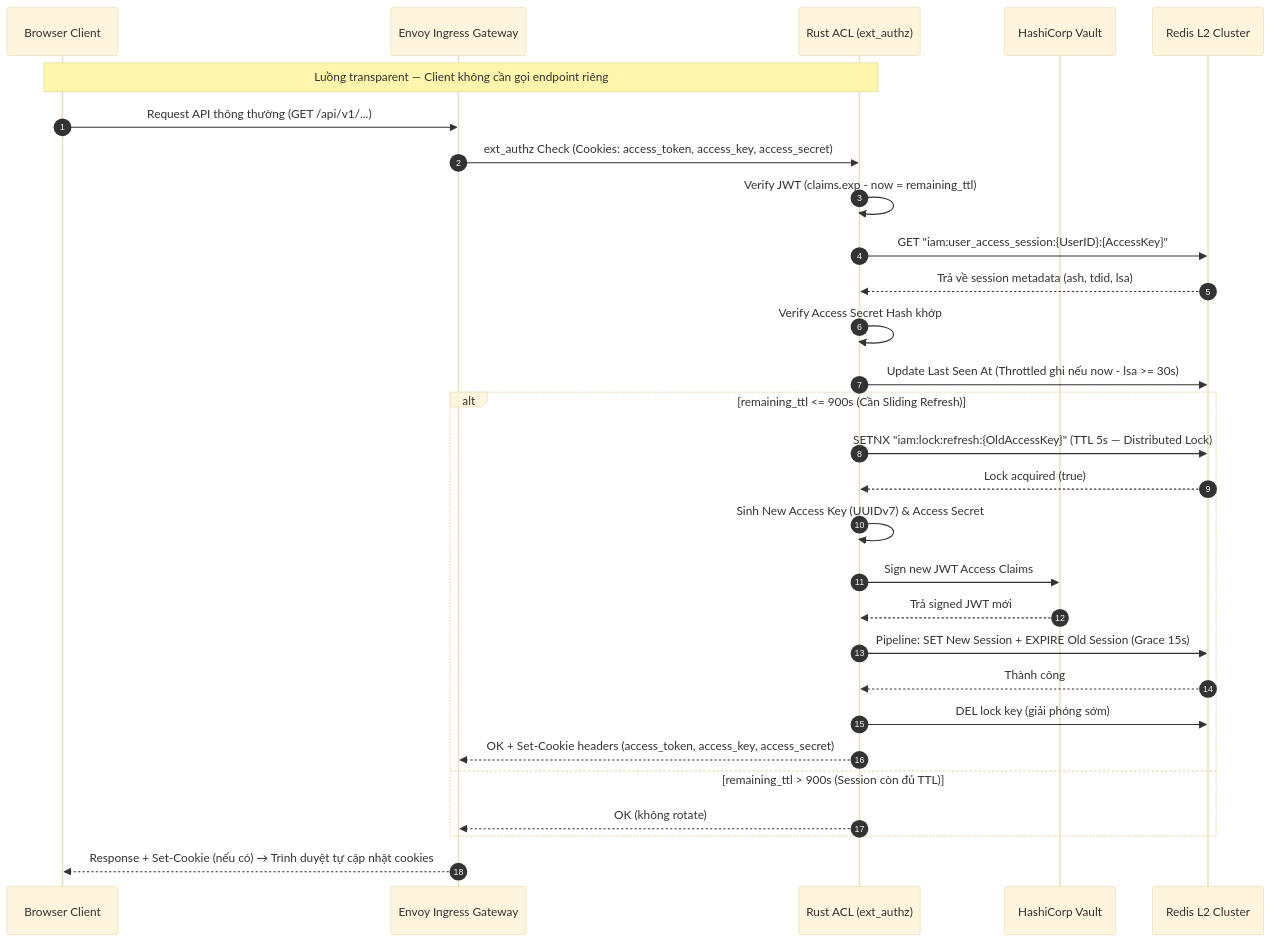
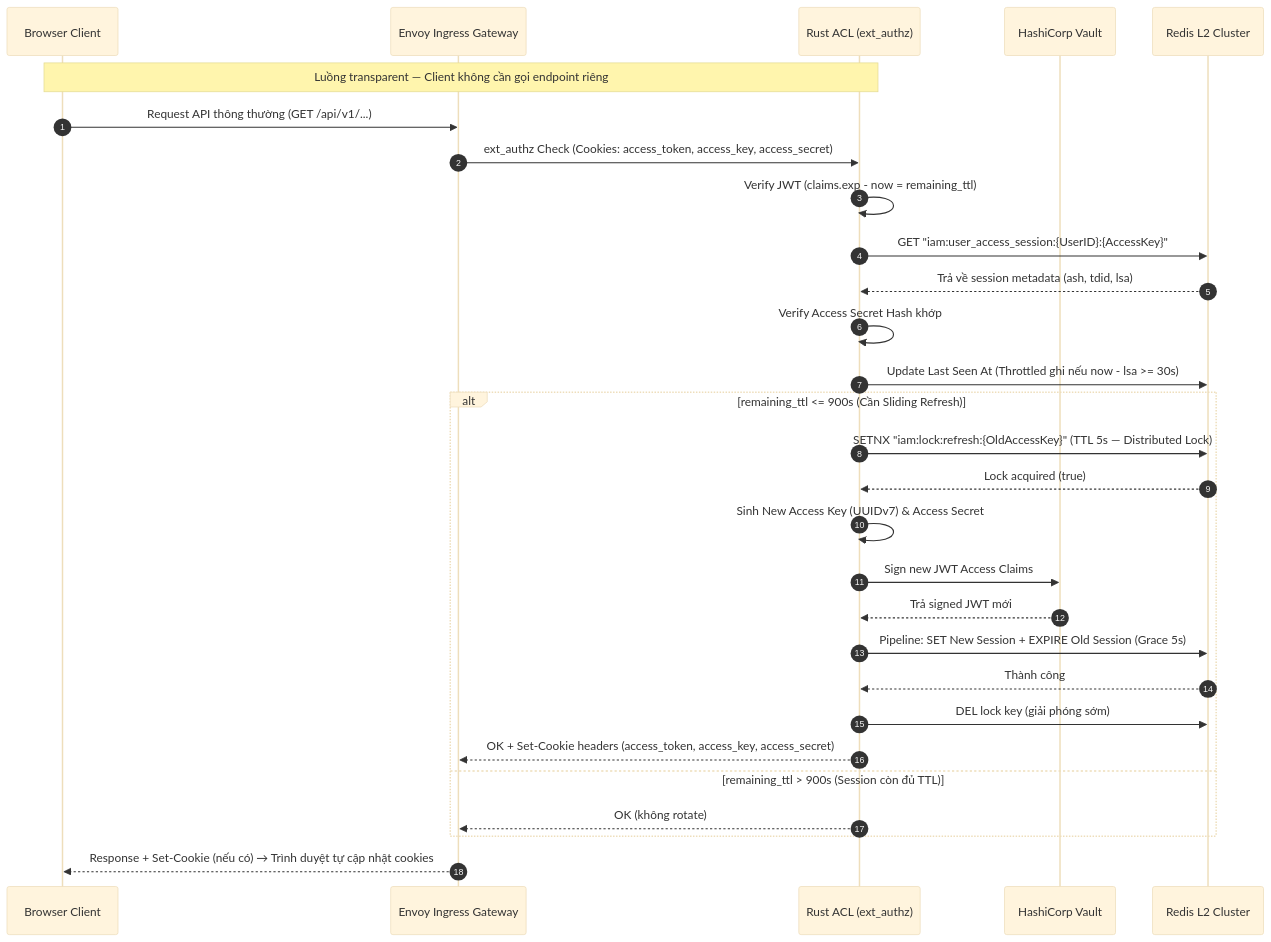
The second of 5 diagrams in god_view/iam/user_refresh_god_view_workflow.md (phucle996/aurora), drawn with Mermaid (base theme) before and after one commit. The commit also changed other lines of this file and 50 other files, not shown here.

Commit message:
refactor: remove legacy refresh token handler and grace period configuration while updating authentication model schema

````diff
--- a/god_view/iam/user_refresh_god_view_workflow.md
+++ b/god_view/iam/user_refresh_god_view_workflow.md
@@ -107,34 +107,34 @@
 ```mermaid
 sequenceDiagram
     autonumber
     participant UI as Browser Client
     participant Envoy as Envoy Ingress Gateway
     participant ACL as Rust ACL (ext_authz)
     participant Vault as HashiCorp Vault
     participant RDS as Redis L2 Cluster
 
     Note over UI, ACL: Luồng transparent — Client không cần gọi endpoint riêng
     UI->>Envoy: Request API thông thường (GET /api/v1/...)
     Envoy->>ACL: ext_authz Check (Cookies: access_token, access_key, access_secret)
     ACL->>ACL: Verify JWT (claims.exp - now = remaining_ttl)
     ACL->>RDS: GET "iam:user_access_session:{UserID}:{AccessKey}"
     RDS-->>ACL: Trả về session metadata (ash, tdid, lsa)
     ACL->>ACL: Verify Access Secret Hash khớp
     ACL->>RDS: Update Last Seen At (Throttled ghi nếu now - lsa >= 30s)
     
     alt remaining_ttl <= 900s (Cần Sliding Refresh)
         ACL->>RDS: SETNX "iam:lock:refresh:{OldAccessKey}" (TTL 5s — Distributed Lock)
         RDS-->>ACL: Lock acquired (true)
         ACL->>ACL: Sinh New Access Key (UUIDv7) & Access Secret
         ACL->>Vault: Sign new JWT Access Claims
         Vault-->>ACL: Trả signed JWT mới
-        ACL->>RDS: Pipeline: SET New Session + EXPIRE Old Session (Grace 15s)
+        ACL->>RDS: Pipeline: SET New Session + EXPIRE Old Session (Grace 5s)
         RDS-->>ACL: Thành công
         ACL->>RDS: DEL lock key (giải phóng sớm)
         ACL-->>Envoy: OK + Set-Cookie headers (access_token, access_key, access_secret)
     else remaining_ttl > 900s (Session còn đủ TTL)
         ACL-->>Envoy: OK (không rotate)
     end
     
     Envoy-->>UI: Response + Set-Cookie (nếu có) → Trình duyệt tự cập nhật cookies
 ```
````
